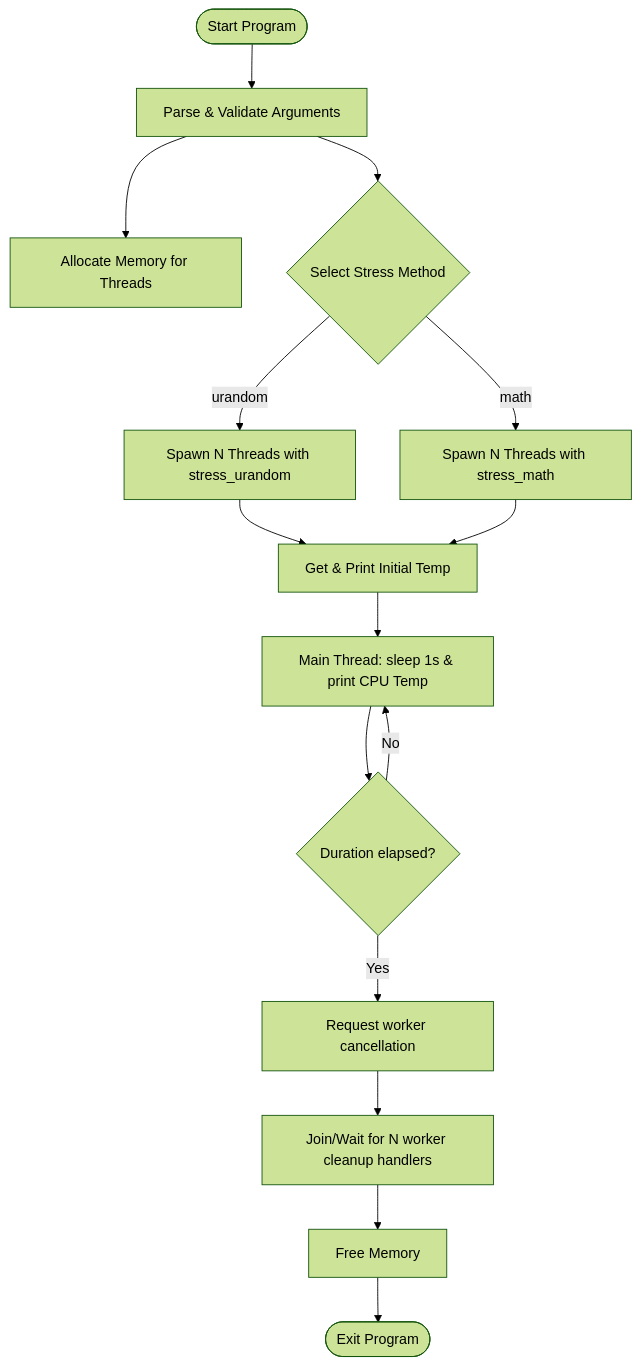
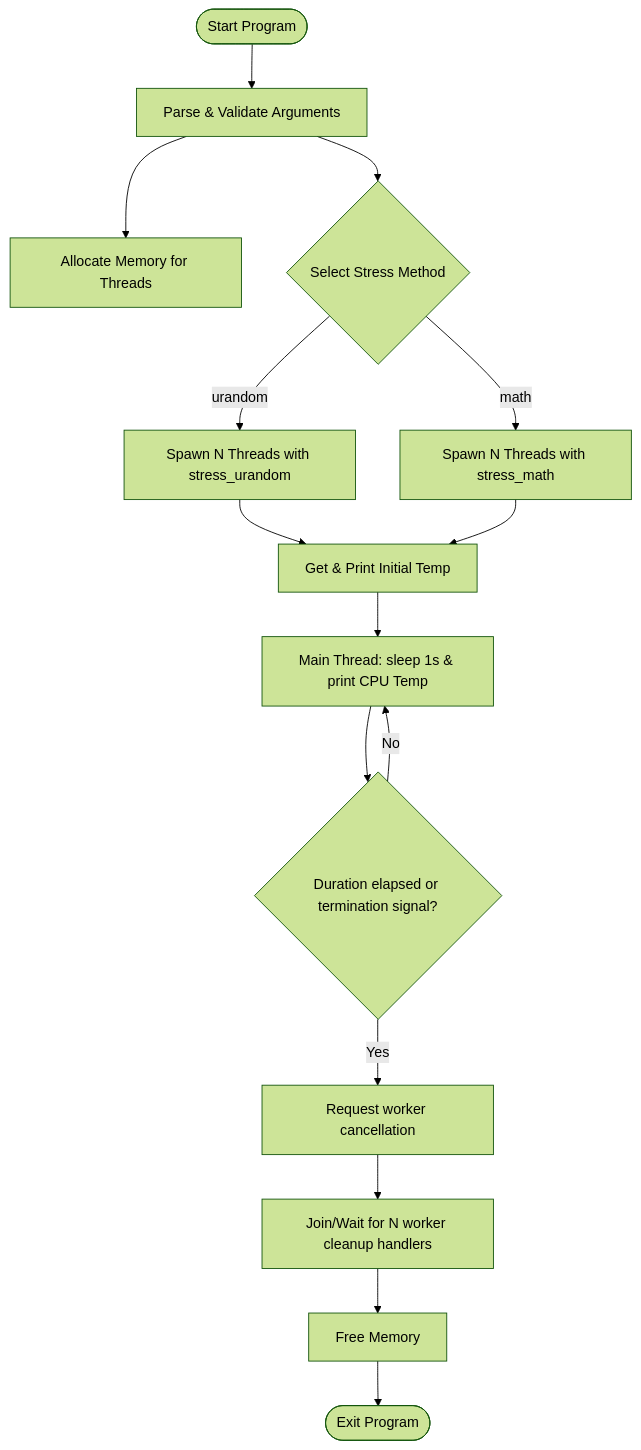
One commit to tiborh/cpu_stress_test changed the first of 2 diagrams in doc/cpu_stress.md. Above: the diagram before and after it, drawn with Mermaid (forest theme). The commit also changed other lines of this file and 6 other files, not shown here.

````diff
--- a/doc/cpu_stress.md
+++ b/doc/cpu_stress.md
@@ -184,17 +186,17 @@
 ```mermaid
 graph TD
     A([Start Program]) --> B[Parse & Validate Arguments]
     B --> C[Allocate Memory for Threads]
     B --> D{Select Stress Method}
     D -- urandom --> E[Spawn N Threads with stress_urandom]
     D -- math --> F[Spawn N Threads with stress_math]
     E --> G[Get & Print Initial Temp]
     F --> G
     G --> H[Main Thread: sleep 1s & print CPU Temp]
-    H --> I{Duration elapsed?}
+    H --> I{Duration elapsed or termination signal?}
     I -- No --> H
     I -- Yes --> J[Request worker cancellation]
     J --> K[Join/Wait for N worker cleanup handlers]
     K --> L[Free Memory]
     L --> M([Exit Program])
 ```
````
